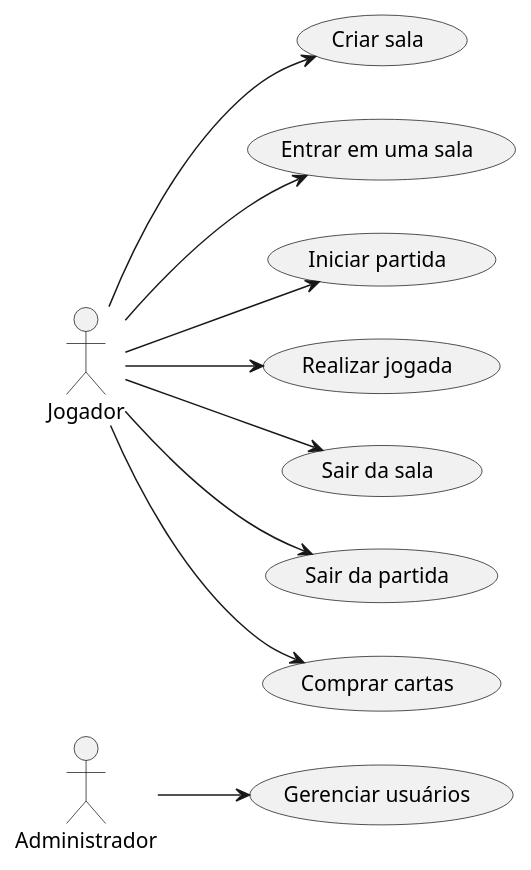
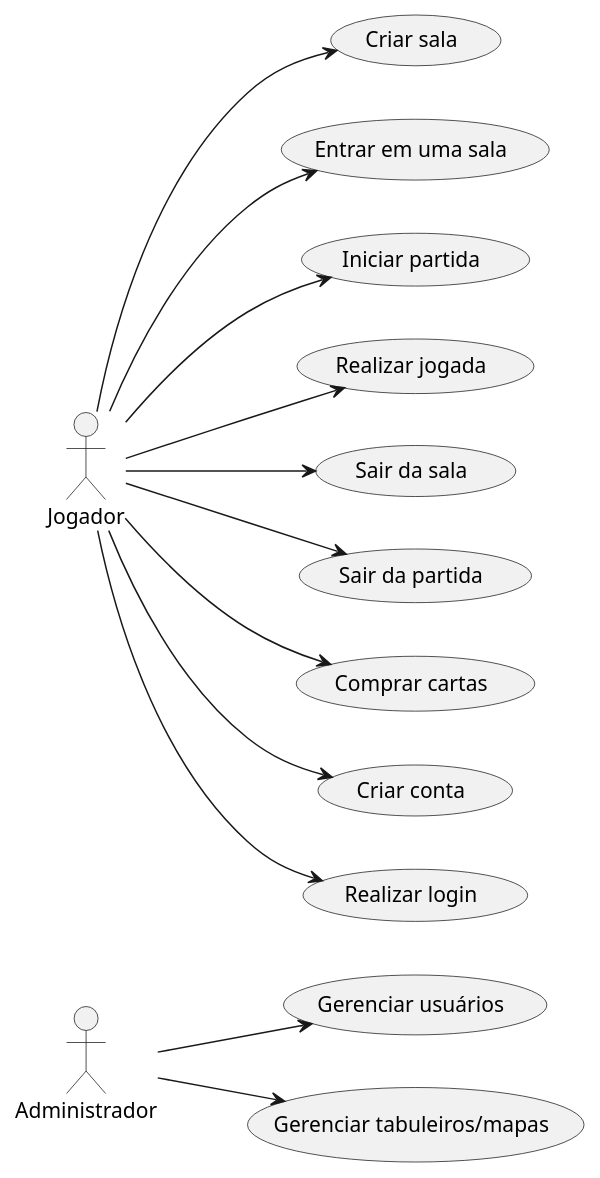
Before and after one commit to Lucaslgbr/backend-game-pin3: the diagram in backend/docs/use_case_diagram.wsd, drawn with PlantUML. The commit also changed 3 other files, not shown here.

Commit message:
alteração diagrama de caso de uso, adicionado django rest framework

```diff
--- a/backend/docs/use_case_diagram.wsd
+++ b/backend/docs/use_case_diagram.wsd
@@ -1,13 +1,16 @@
 @startuml
 left to right direction
 "Administrador" as Admin
 "Jogador" as User
 Admin --> (Gerenciar usuários)
+Admin --> (Gerenciar tabuleiros/mapas)
 User --> (Criar sala)
 User --> (Entrar em uma sala)
 User --> (Iniciar partida)
 User --> (Realizar jogada)
 User --> (Sair da sala)
 User --> (Sair da partida)
 User --> (Comprar cartas)
+User --> (Criar conta)
+User --> (Realizar login)
 @enduml
```
